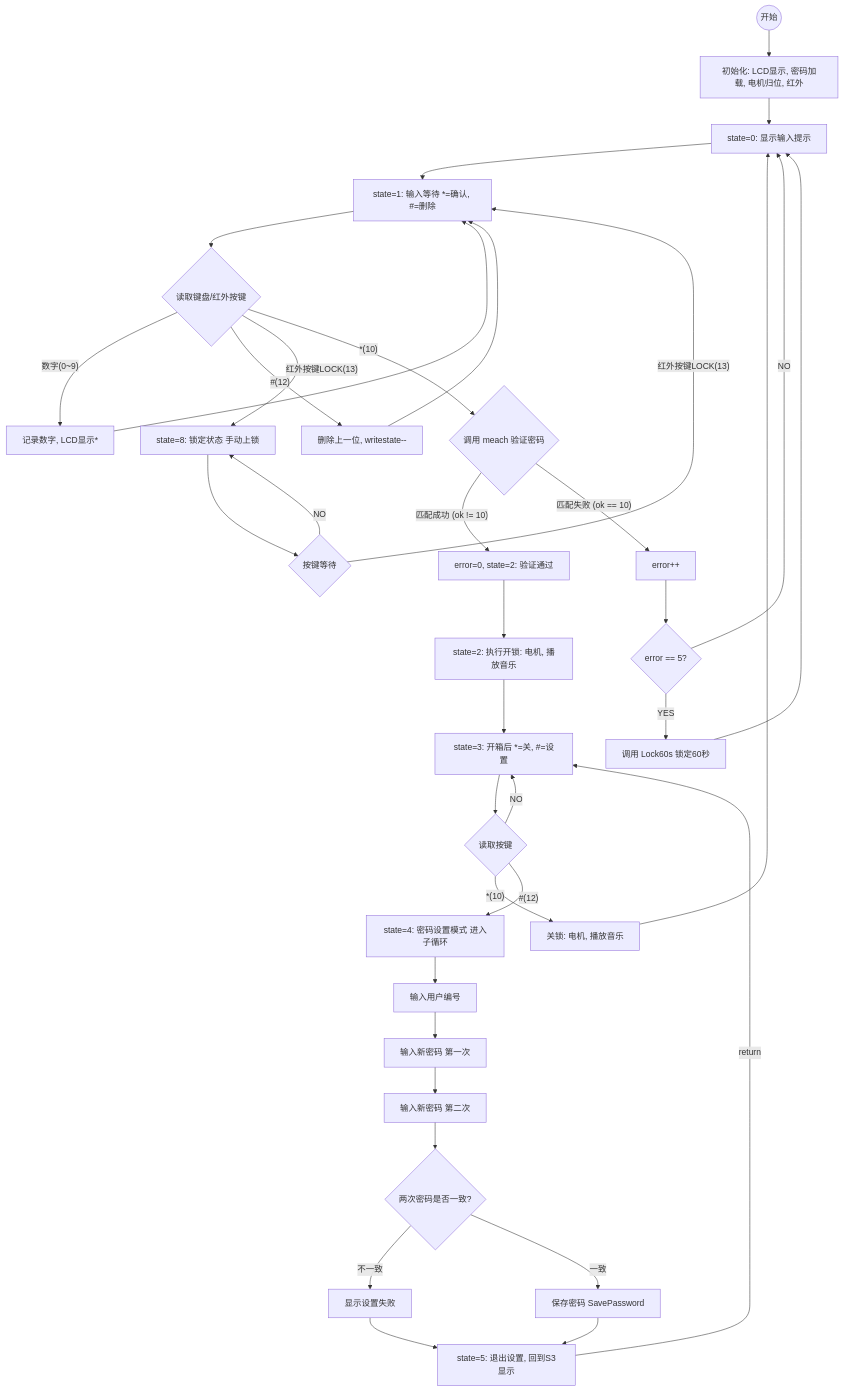
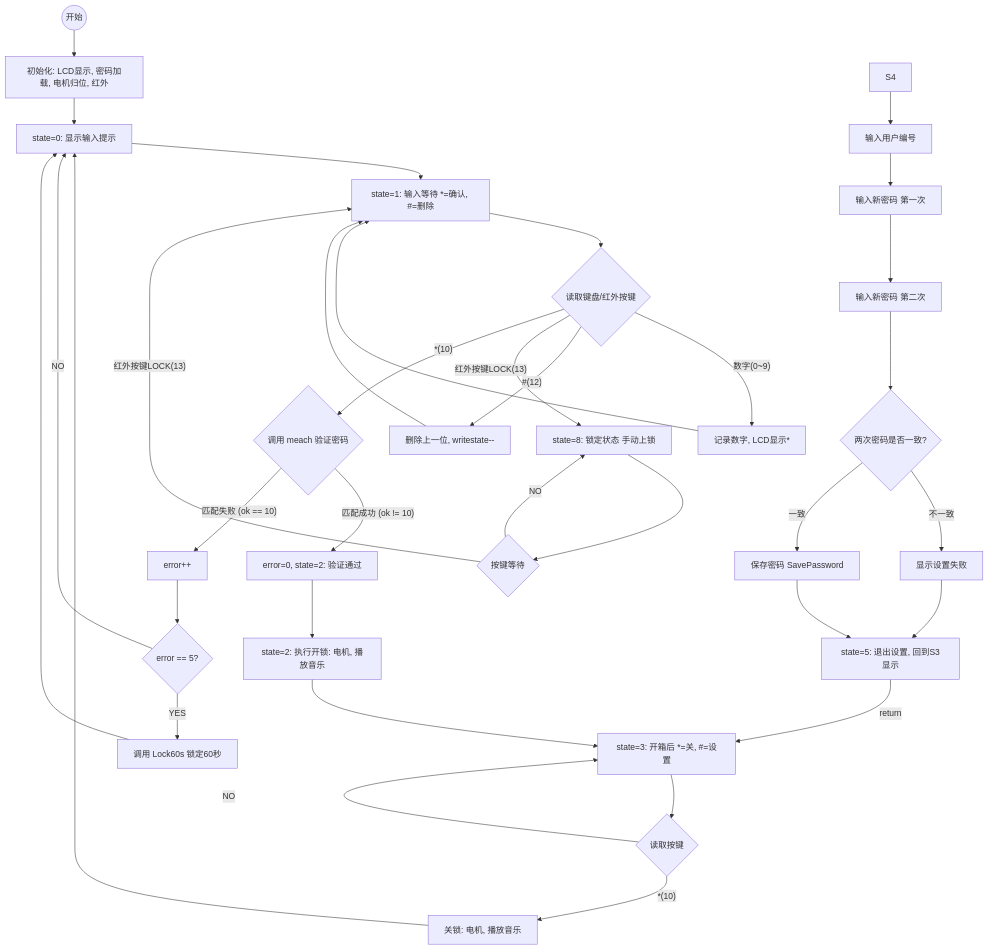
One commit to ksxyh-22/iodraw-files changed the diagram in all/未命名-2.md. Above: the diagram before and after it, drawn with Mermaid.

Commit message:
2025-10-11 11:15:45 update

````diff
--- a/all/未命名-2.md
+++ b/all/未命名-2.md
@@ -1,70 +1,70 @@
 ```mermaid
 graph TD
     %% 状态机主流程
     START((开始)) --> INIT[初始化: LCD显示, 密码加载, 电机归位, 红外];
     INIT --> S0[state=0: 显示输入提示];
 
     %% 状态 1: 密码输入与验证 (主流程)
     S0 --> S1[state=1: 输入等待 *=确认, #=删除];
     
     S1 --> INPUT{读取键盘/红外按键};
     
     %% 处理输入分支
     INPUT -- 数字(0~9) --> DIGIT[记录数字, LCD显示*];
     DIGIT --> S1;
 
     INPUT -- #(12) --> DELETE[删除上一位, writestate--];
     DELETE --> S1;
 
     %% 手动锁定 (分支到右侧)
     INPUT -- 红外按键LOCK(13) --> S8;
     
     %% 验证分支
     INPUT -- *(10) --> VERIFY{调用 meach 验证密码};
     
     VERIFY -- 匹配成功 (ok != 10) --> S2_SUCCESS[error=0, state=2: 验证通过];
     
     %% 失败和错误处理 (分支到右侧)
     VERIFY -- 匹配失败 (ok == 10) --> ERROR_COUNT[error++];
     
     ERROR_COUNT --> CHECK_ERRORS{error == 5?};
     
     CHECK_ERRORS -- NO --> S0;
 
     CHECK_ERRORS -- YES --> LOCK_60s[调用 Lock60s 锁定60秒];
     LOCK_60s --> S0;
 
     %% 状态 2, 3, 5: 开锁后的操作 (主流程)
     S2_SUCCESS --> S2_OPEN[state=2: 执行开锁: 电机, 播放音乐];
     S2_OPEN --> S3[state=3: 开箱后 *=关, #=设置];
 
     S3 --> POST_KEY{读取按键};
     
     POST_KEY -- NO --> S3;
     
     POST_KEY -- *(10) --> S3_CLOSE[关锁: 电机, 播放音乐];
     S3_CLOSE --> S0;
     
-    POST_KEY -- #(12) --> S4[state=4: 密码设置模式 进入子循环];
+    
 
     %% 状态 4: 密码设置 (子流程)
     S4 --> S4_USER[输入用户编号];
     S4_USER --> S4_PASS1[输入新密码 第一次];
     S4_PASS1 --> S4_PASS2[输入新密码 第二次];
 
     S4_PASS2 --> S4_CHECK{两次密码是否一致?};
     
     S4_CHECK -- 不一致 --> S4_FAIL[显示设置失败];
     S4_FAIL --> S5[state=5: 退出设置, 回到S3显示];
 
     S4_CHECK -- 一致 --> S4_SAVE[保存密码 SavePassword];
     S4_SAVE --> S5;
     
     S5 -- return --> S3; 
     
     %% 状态 8: 锁定状态 (独立循环)
     S8[state=8: 锁定状态 手动上锁] --> S8_WAIT{按键等待};
     
     S8_WAIT -- NO --> S8;
     S8_WAIT -- 红外按键LOCK(13) --> S1;
 ```
````
